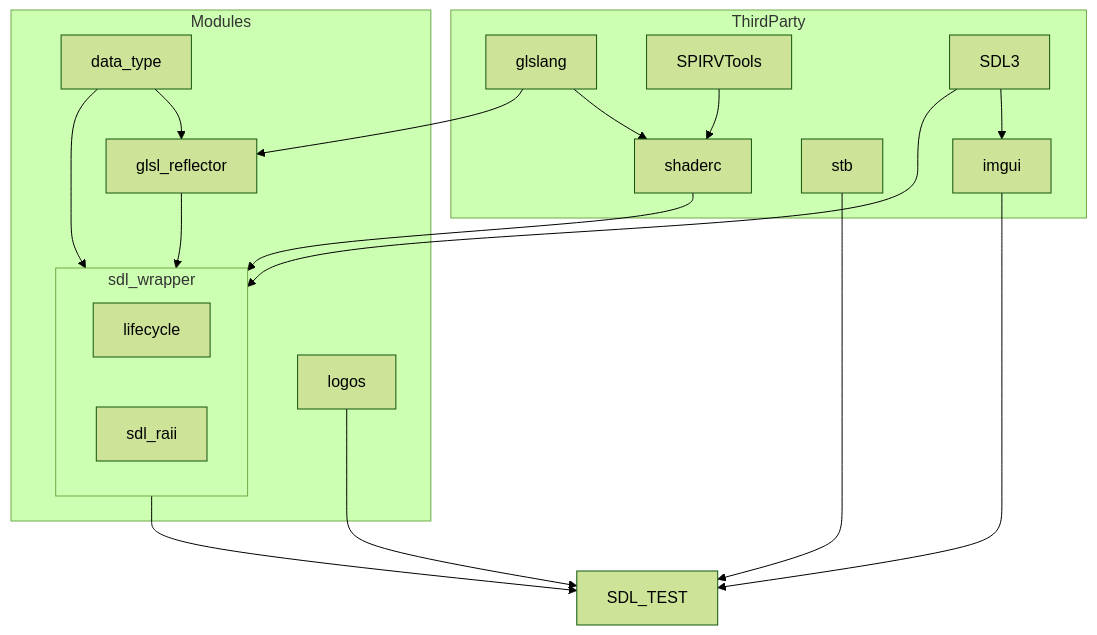
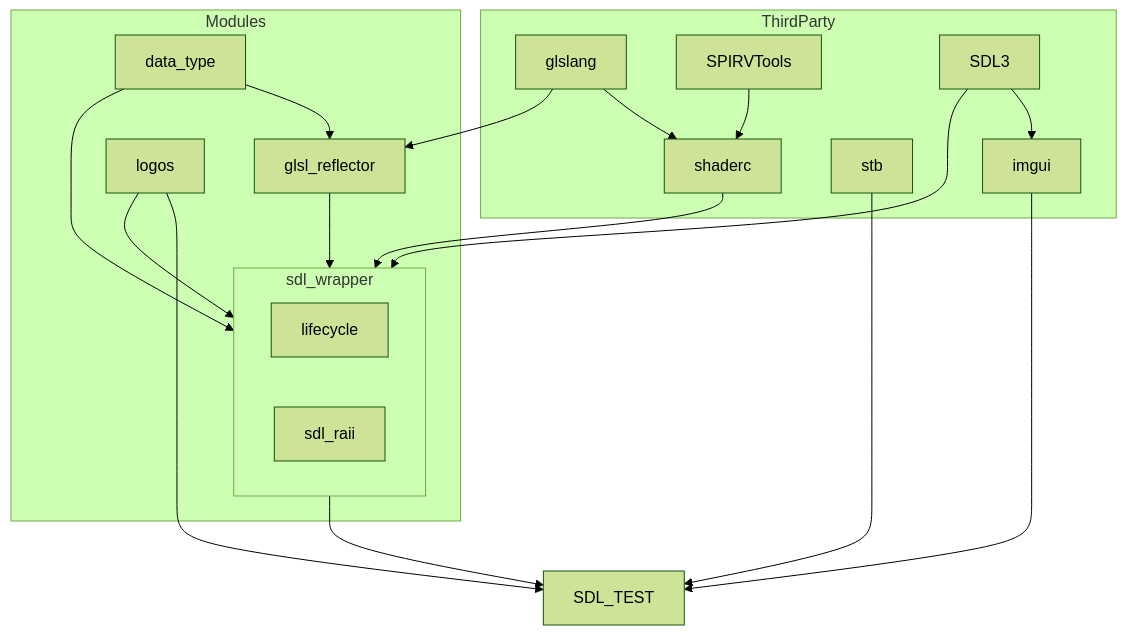
One commit to WSQS/sdl_test changed the diagram in README.md. Above: the diagram before and after it, drawn with Mermaid (forest theme).

````diff
--- a/README.md
+++ b/README.md
@@ -7,42 +7,43 @@
 ```mermaid
 graph TD
 
     subgraph ThirdParty
         glslang
         shaderc
         SPIRVTools
         SDL3
         stb
         imgui
     end
 
     subgraph Modules
         data_type
         glsl_reflector
         sdl_wrapper
         logos
     end
     
     subgraph sdl_wrapper
         lifecycle
         sdl_raii
     end
 
     glslang --> shaderc
     SPIRVTools --> shaderc
 
     SDL3 --> imgui
 
     glslang --> glsl_reflector
     data_type --> glsl_reflector
 
+    logos --> sdl_wrapper
     shaderc --> sdl_wrapper
     SDL3 --> sdl_wrapper
     glsl_reflector --> sdl_wrapper
     data_type --> sdl_wrapper
     
     imgui --> SDL_TEST
     sdl_wrapper --> SDL_TEST
     stb --> SDL_TEST
     logos --> SDL_TEST
 ```
````
